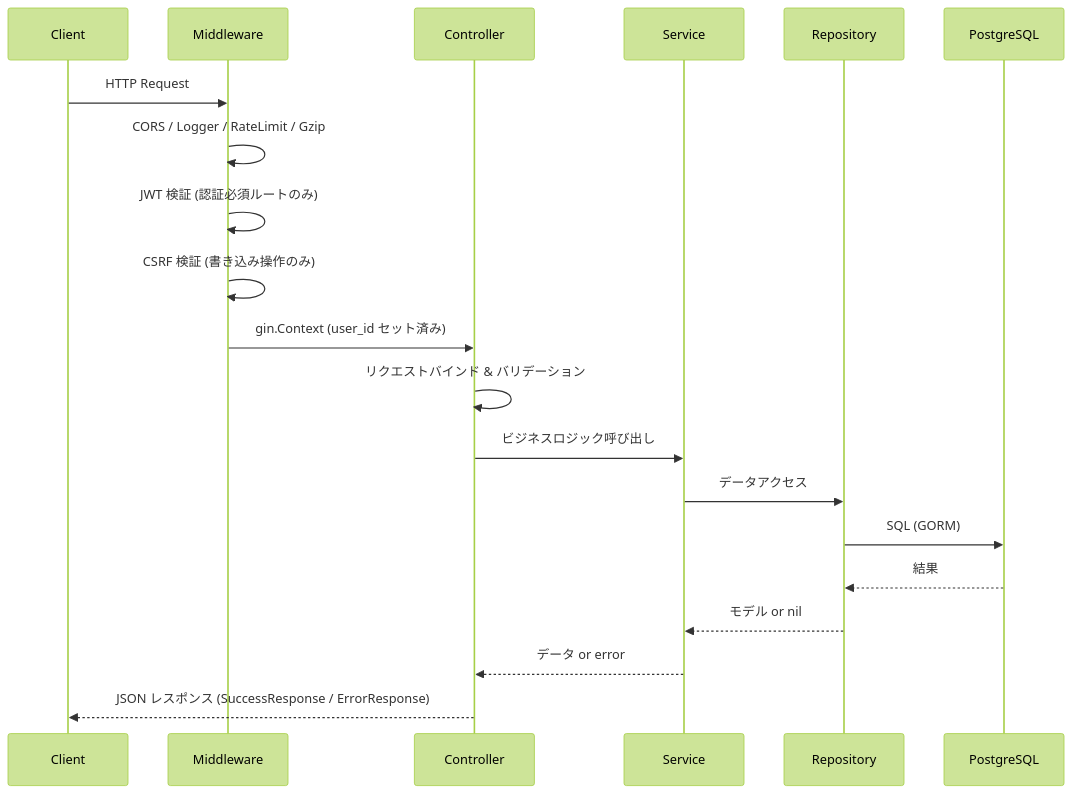
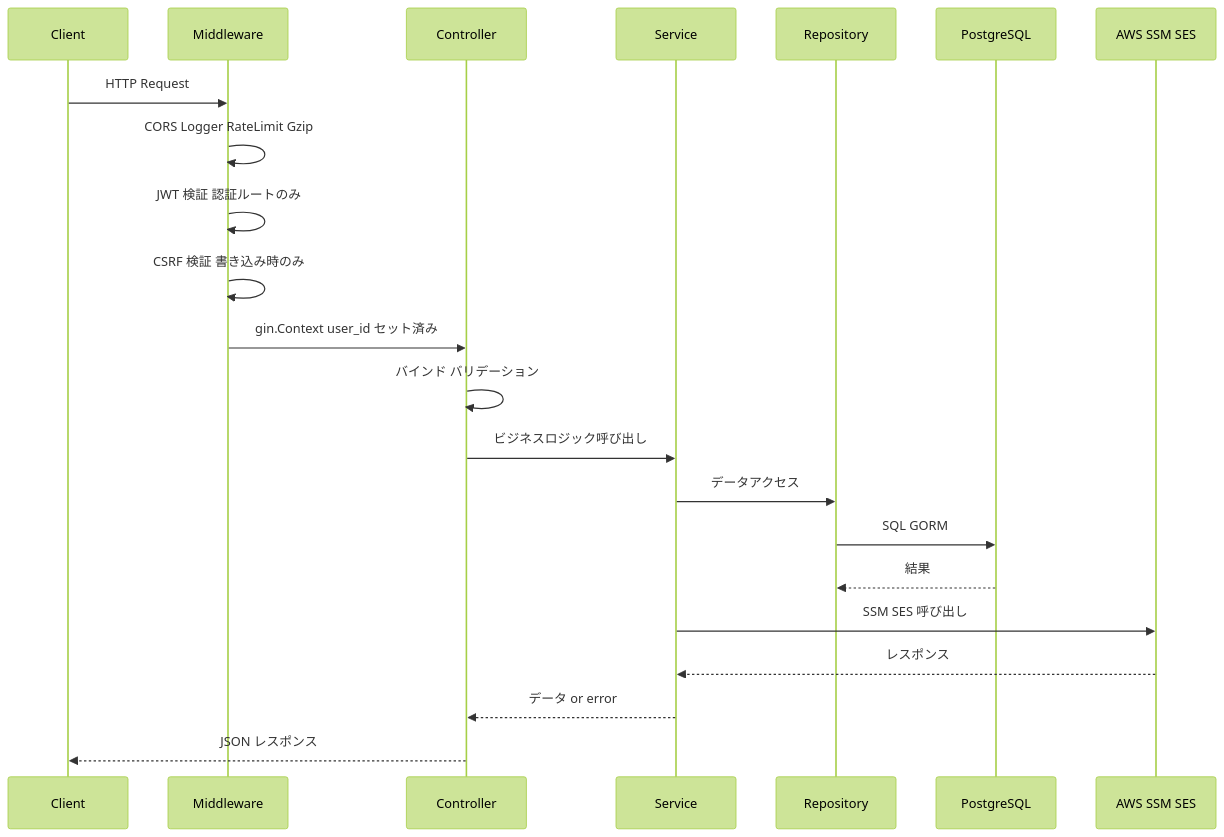
Before and after one commit to takehiro1111/gin-todo: the first of 3 diagrams in README.md, drawn with Mermaid (forest theme). The commit also changed other lines of this file, not shown here.

Commit message:
図の統合

````diff
--- a/README.md
+++ b/README.md
@@ -66,23 +55,25 @@
 ```mermaid
 sequenceDiagram
     participant C as Client
-    participant M as Middleware
+    participant MW as Middleware
     participant Ctrl as Controller
     participant Svc as Service
     participant Repo as Repository
     participant DB as PostgreSQL
+    participant AWS as AWS SSM SES
 
-    C->>M: HTTP Request
-    M->>M: CORS / Logger / RateLimit / Gzip
-    M->>M: JWT 検証 (認証必須ルートのみ)
-    M->>M: CSRF 検証 (書き込み操作のみ)
-    M->>Ctrl: gin.Context (user_id セット済み)
-    Ctrl->>Ctrl: リクエストバインド & バリデーション
+    C->>MW: HTTP Request
+    MW->>MW: CORS Logger RateLimit Gzip
+    MW->>MW: JWT 検証 認証ルートのみ
+    MW->>MW: CSRF 検証 書き込み時のみ
+    MW->>Ctrl: gin.Context user_id セット済み
+    Ctrl->>Ctrl: バインド バリデーション
     Ctrl->>Svc: ビジネスロジック呼び出し
     Svc->>Repo: データアクセス
-    Repo->>DB: SQL (GORM)
+    Repo->>DB: SQL GORM
     DB-->>Repo: 結果
-    Repo-->>Svc: モデル or nil
+    Svc->>AWS: SSM SES 呼び出し
+    AWS-->>Svc: レスポンス
     Svc-->>Ctrl: データ or error
-    Ctrl-->>C: JSON レスポンス (SuccessResponse / ErrorResponse)
+    Ctrl-->>C: JSON レスポンス
 ```
````
